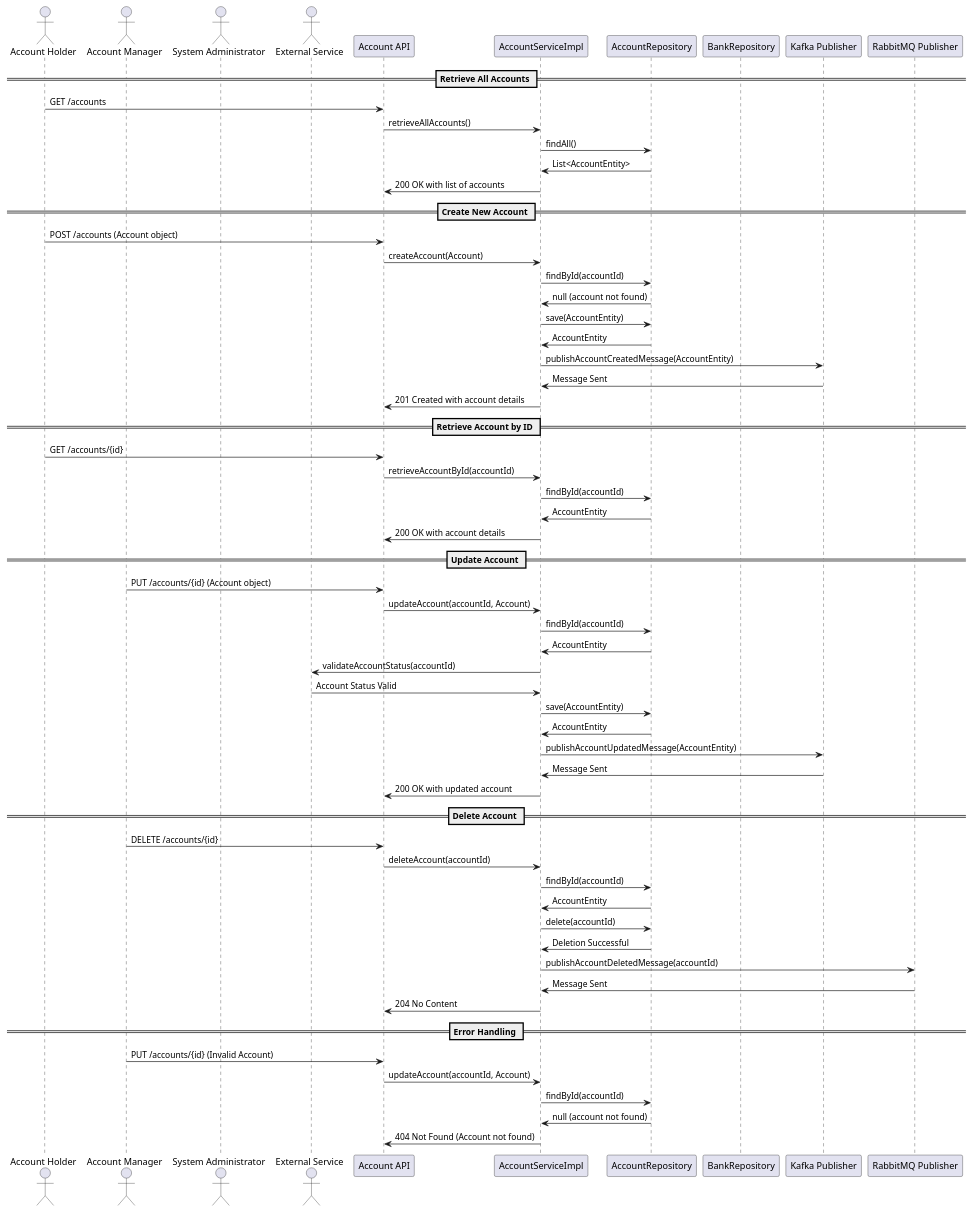
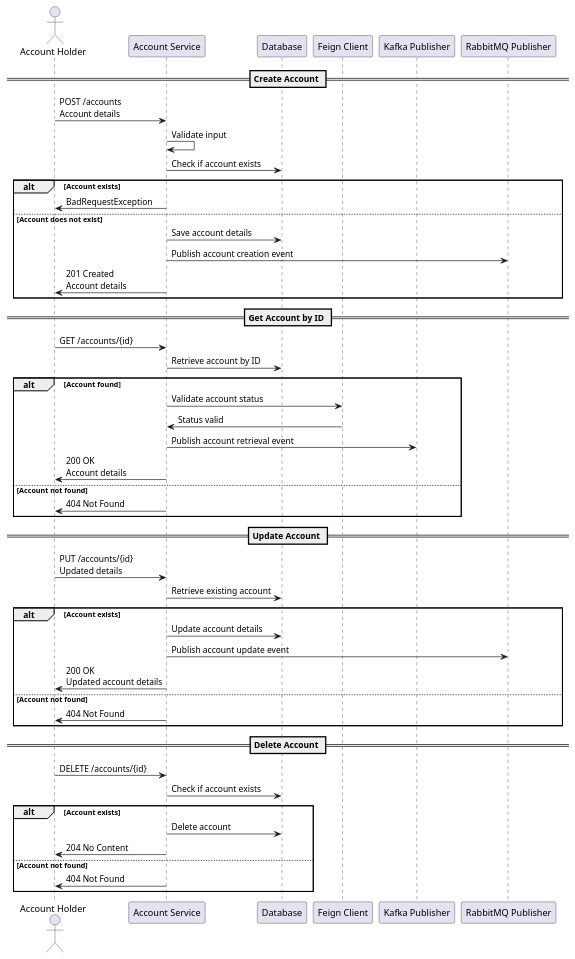
The diagram in design_document/Account_Service.md (Bhaskar-Pavan/AccountService), drawn with PlantUML before and after one commit. The commit also changed other lines of this file, not shown here.

````diff
--- a/design_document/Account_Service.md
+++ b/design_document/Account_Service.md
@@ -36,72 +37,56 @@
 ```plantuml
 @startuml
 actor "Account Holder" as AH
-actor "Account Manager" as AM
-actor "System Administrator" as SA
-actor "External Service" as ES
+participant "Account Service" as AS
+participant "Database" as DB
+participant "Feign Client" as FC
+participant "Kafka Publisher" as KP
+participant "RabbitMQ Publisher" as RP
 
-participant "Account API" as API
-participant "AccountServiceImpl" as Service
-participant "AccountRepository" as AccountRepo
-participant "BankRepository" as BankRepo
-participant "Kafka Publisher" as Kafka
-participant "RabbitMQ Publisher" as RabbitMQ
+== Create Account ==
+AH -> AS : POST /accounts\nAccount details
+AS -> AS : Validate input
+AS -> DB : Check if account exists
+alt Account exists
+    AS -> AH : BadRequestException
+else Account does not exist
+    AS -> DB : Save account details
+    AS -> RP : Publish account creation event
+    AS -> AH : 201 Created\nAccount details
+end
 
-== Retrieve All Accounts ==
-AH -> API : GET /accounts
-API -> Service : retrieveAllAccounts()
-Service -> AccountRepo : findAll()
-AccountRepo -> Service : List<AccountEntity>
-Service -> API : 200 OK with list of accounts
-
-== Create New Account ==
-AH -> API : POST /accounts (Account object)
-API -> Service : createAccount(Account)
-Service -> AccountRepo : findById(accountId)
-AccountRepo -> Service : null (account not found)
-Service -> AccountRepo : save(AccountEntity)
-AccountRepo -> Service : AccountEntity
-Service -> Kafka : publishAccountCreatedMessage(AccountEntity)
-Kafka -> Service : Message Sent
-Service -> API : 201 Created with account details
-
-== Retrieve Account by ID ==
-AH -> API : GET /accounts/{id}
-API -> Service : retrieveAccountById(accountId)
-Service -> AccountRepo : findById(accountId)
-AccountRepo -> Service : AccountEntity
-Service -> API : 200 OK with account details
+== Get Account by ID ==
+AH -> AS : GET /accounts/{id}
+AS -> DB : Retrieve account by ID
+alt Account found
+    AS -> FC : Validate account status
+    FC -> AS : Status valid
+    AS -> KP : Publish account retrieval event
+    AS -> AH : 200 OK\nAccount details
+else Account not found
+    AS -> AH : 404 Not Found
+end
 
 == Update Account ==
-AM -> API : PUT /accounts/{id} (Account object)
-API -> Service : updateAccount(accountId, Account)
-Service -> AccountRepo : findById(accountId)
-AccountRepo -> Service : AccountEntity
-Service -> ES : validateAccountStatus(accountId)
-ES -> Service : Account Status Valid
-Service -> AccountRepo : save(AccountEntity)
-AccountRepo -> Service : AccountEntity
-Service -> Kafka : publishAccountUpdatedMessage(AccountEntity)
-Kafka -> Service : Message Sent
-Service -> API : 200 OK with updated account
+AH -> AS : PUT /accounts/{id}\nUpdated details
+AS -> DB : Retrieve existing account
+alt Account exists
+    AS -> DB : Update account details
+    AS -> RP : Publish account update event
+    AS -> AH : 200 OK\nUpdated account details
+else Account not found
+    AS -> AH : 404 Not Found
+end
 
 == Delete Account ==
-AM -> API : DELETE /accounts/{id}
-API -> Service : deleteAccount(accountId)
-Service -> AccountRepo : findById(accountId)
-AccountRepo -> Service : AccountEntity
-Service -> AccountRepo : delete(accountId)
-AccountRepo -> Service : Deletion Successful
-Service -> RabbitMQ : publishAccountDeletedMessage(accountId)
-RabbitMQ -> Service : Message Sent
-Service -> API : 204 No Content
-
-== Error Handling ==
-AM -> API : PUT /accounts/{id} (Invalid Account)
-API -> Service : updateAccount(accountId, Account)
-Service -> AccountRepo : findById(accountId)
-AccountRepo -> Service : null (account not found)
-Service -> API : 404 Not Found (Account not found)
+AH -> AS : DELETE /accounts/{id}
+AS -> DB : Check if account exists
+alt Account exists
+    AS -> DB : Delete account
+    AS -> AH : 204 No Content
+else Account not found
+    AS -> AH : 404 Not Found
+end
 
 @enduml
 ```
````
